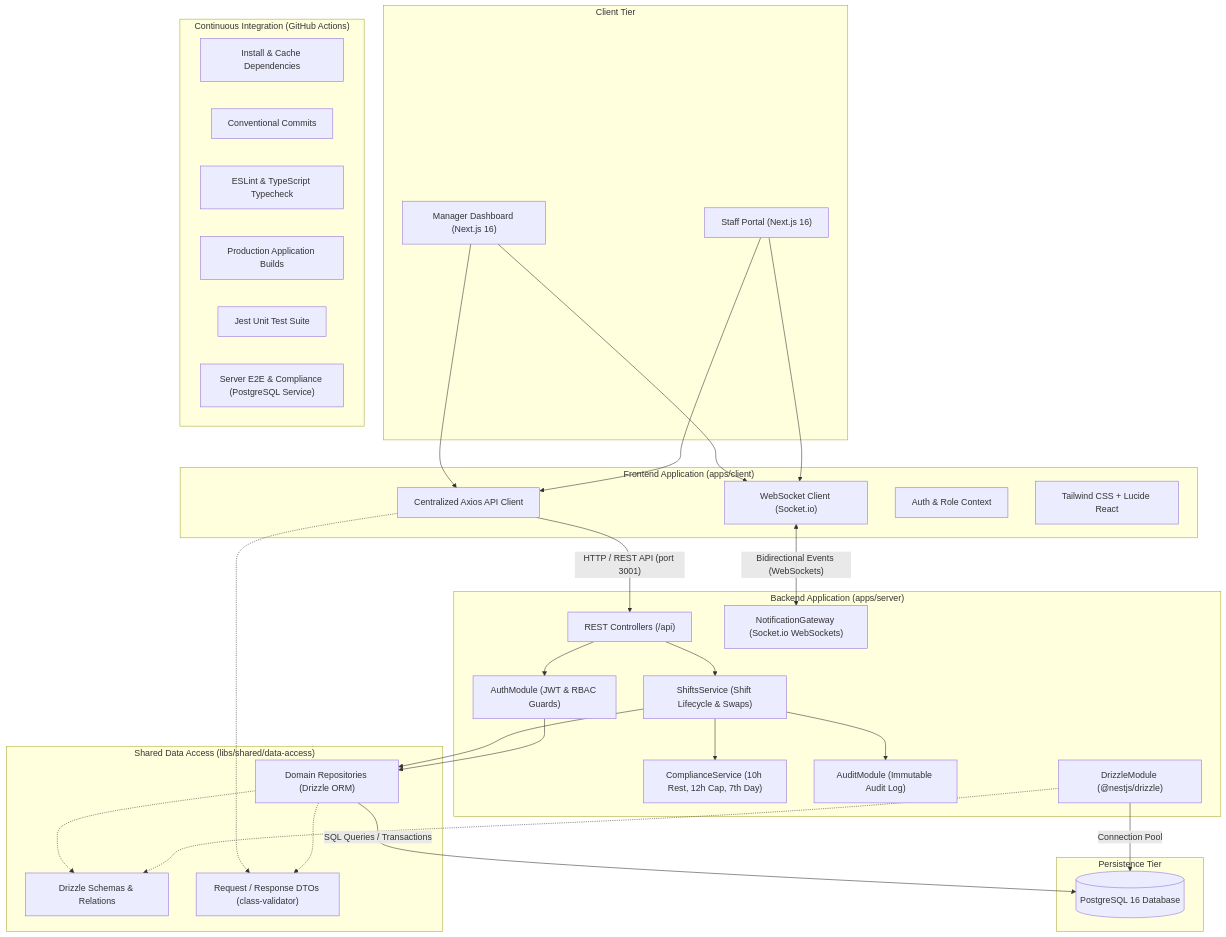
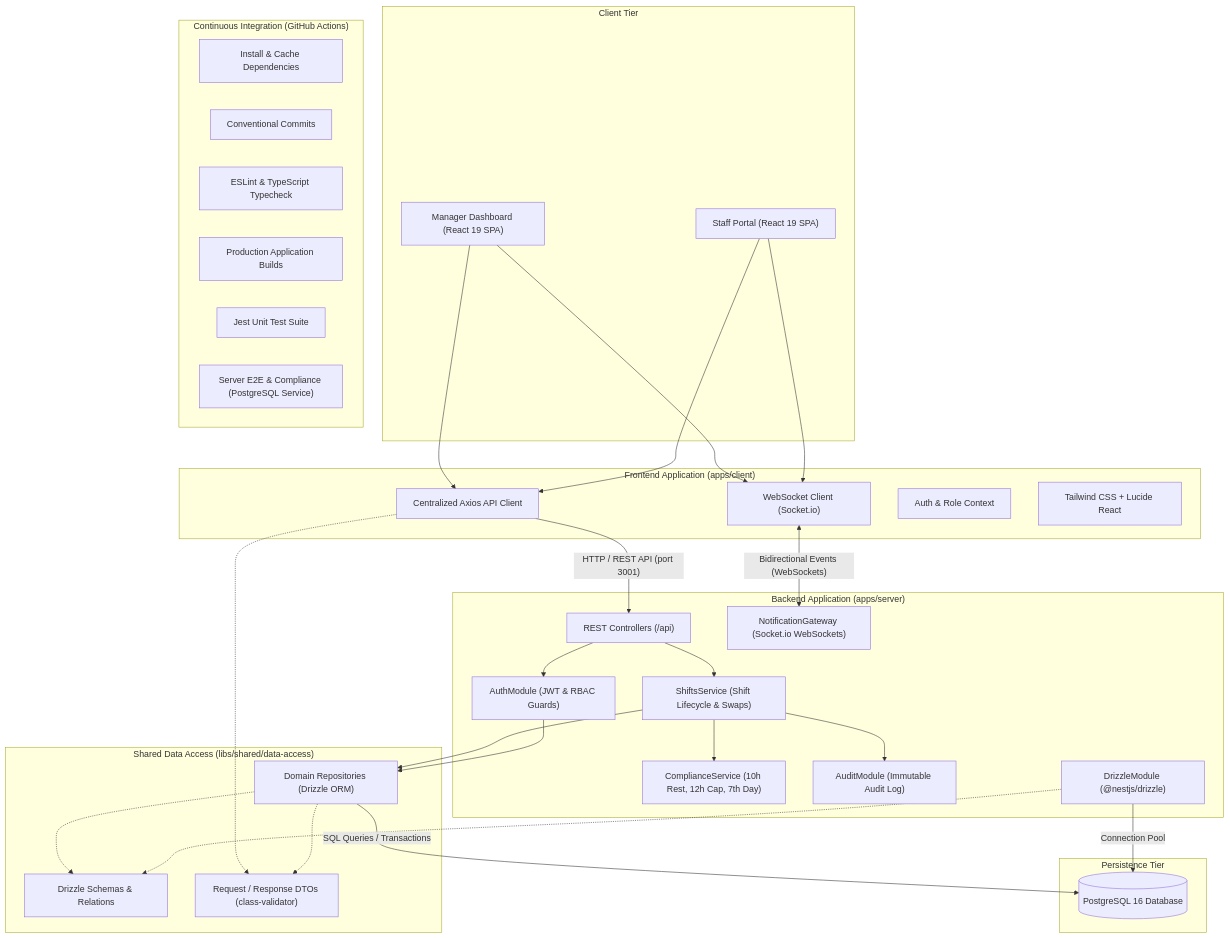
One commit to JayKay24/ShiftSync changed the diagram in README.md. Above: the diagram before and after it, drawn with Mermaid. The commit also changed other lines of this file and 39 other files, not shown here.

Commit message:
feat(client): migrate frontend from Next.js to Vite React SPA

````diff
--- a/README.md
+++ b/README.md
@@ -34,71 +34,71 @@
 ```mermaid
 flowchart TD
   subgraph Clients ["Client Tier"]
-    ManagerUI["Manager Dashboard (Next.js 16)"]
-    StaffUI["Staff Portal (Next.js 16)"]
+    ManagerUI["Manager Dashboard (React 19 SPA)"]
+    StaffUI["Staff Portal (React 19 SPA)"]
   end
 
   subgraph FrontendApp ["Frontend Application (apps/client)"]
     AxiosClient["Centralized Axios API Client"]
     SocketClient["WebSocket Client (Socket.io)"]
     AuthContext["Auth & Role Context"]
     UIComponents["Tailwind CSS + Lucide React"]
   end
 
   subgraph SharedLib ["Shared Data Access (libs/shared/data-access)"]
     Schemas["Drizzle Schemas & Relations"]
     DTOs["Request / Response DTOs (class-validator)"]
     Repos["Domain Repositories (Drizzle ORM)"]
   end
 
   subgraph BackendApp ["Backend Application (apps/server)"]
     APIControllers["REST Controllers (/api)"]
     ComplianceSvc["ComplianceService (10h Rest, 12h Cap, 7th Day)"]
     ShiftsSvc["ShiftsService (Shift Lifecycle & Swaps)"]
     AuthSvc["AuthModule (JWT & RBAC Guards)"]
     AuditSvc["AuditModule (Immutable Audit Log)"]
     SocketGateway["NotificationGateway (Socket.io WebSockets)"]
     DrizzleModule["DrizzleModule (@nestjs/drizzle)"]
   end
 
   subgraph Persistence ["Persistence Tier"]
     PostgreSQL[("PostgreSQL 16 Database")]
   end
 
   subgraph CI ["Continuous Integration (GitHub Actions)"]
     InstallJob["Install & Cache Dependencies"]
     Commitlint["Conventional Commits"]
     LintTypecheck["ESLint & TypeScript Typecheck"]
     BuildJob["Production Application Builds"]
     UnitTests["Jest Unit Test Suite"]
     IntegrationTests["Server E2E & Compliance (PostgreSQL Service)"]
   end
 
   %% Client interactions
   ManagerUI --> AxiosClient
   StaffUI --> AxiosClient
   ManagerUI --> SocketClient
   StaffUI --> SocketClient
 
   %% Frontend -> Shared Library
   AxiosClient -.-> DTOs
 
   %% Frontend -> Backend Communication
   AxiosClient -->|"HTTP / REST API (port 3001)"| APIControllers
   SocketClient <-->|"Bidirectional Events (WebSockets)"| SocketGateway
 
   %% Backend Internal Wiring
   APIControllers --> ShiftsSvc
   APIControllers --> AuthSvc
   ShiftsSvc --> ComplianceSvc
   ShiftsSvc --> AuditSvc
   ShiftsSvc --> Repos
   AuthSvc --> Repos
   Repos -.-> Schemas
   Repos -.-> DTOs
   DrizzleModule -.-> Schemas
 
   %% Backend -> Database
   DrizzleModule -->|"Connection Pool"| PostgreSQL
   Repos -->|"SQL Queries / Transactions"| PostgreSQL
 ```
````
